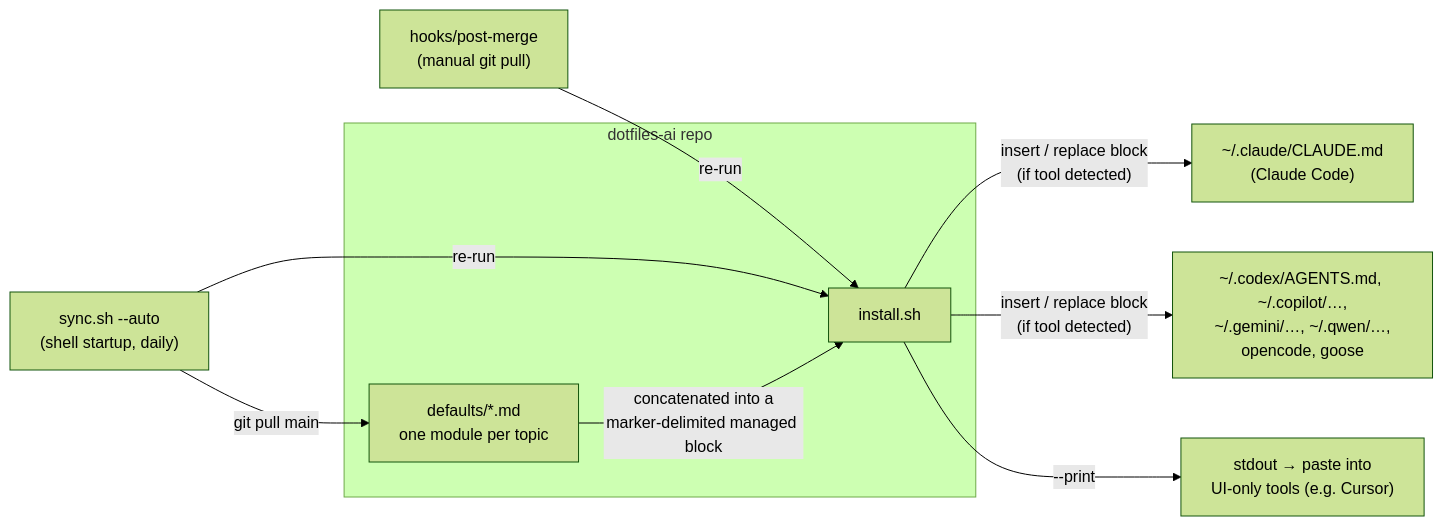
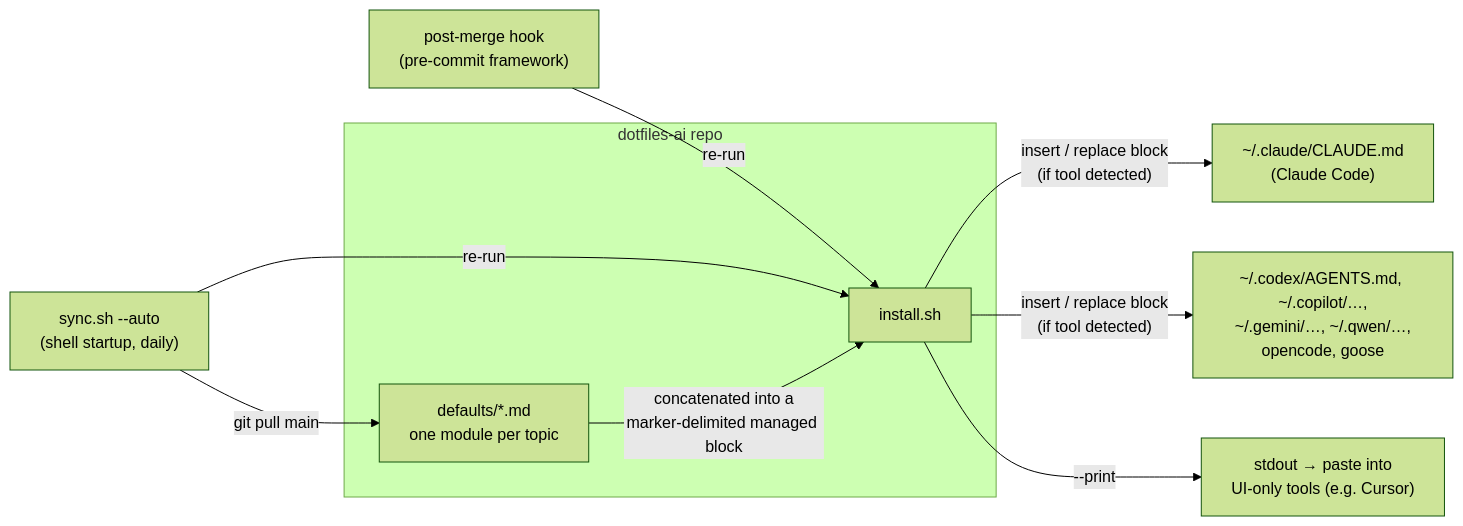
One commit to mchelen/dotfiles-ai changed the diagram in ARCHITECTURE.md. Above: the diagram before and after it, drawn with Mermaid (forest theme). The commit also changed other lines of this file and 8 other files, not shown here.

````diff
--- a/ARCHITECTURE.md
+++ b/ARCHITECTURE.md
@@ -7,14 +7,14 @@
 ```mermaid
 flowchart LR
     S["sync.sh --auto<br/>(shell startup, daily)"] -->|"git pull main"| D
-    H["hooks/post-merge<br/>(manual git pull)"] -->|"re-run"| I
+    H["post-merge hook<br/>(pre-commit framework)"] -->|"re-run"| I
     S -->|"re-run"| I
     subgraph repo["dotfiles-ai repo"]
         D["defaults/*.md<br/>one module per topic"]
         I["install.sh"]
     end
     D -->|"concatenated into a<br/>marker-delimited managed block"| I
     I -->|"insert / replace block<br/>(if tool detected)"| C["~/.claude/CLAUDE.md<br/>(Claude Code)"]
     I -->|"insert / replace block<br/>(if tool detected)"| X["~/.codex/AGENTS.md, ~/.copilot/…,<br/>~/.gemini/…, ~/.qwen/…,<br/>opencode, goose"]
     I -->|"--print"| P["stdout → paste into<br/>UI-only tools (e.g. Cursor)"]
 ```
````
